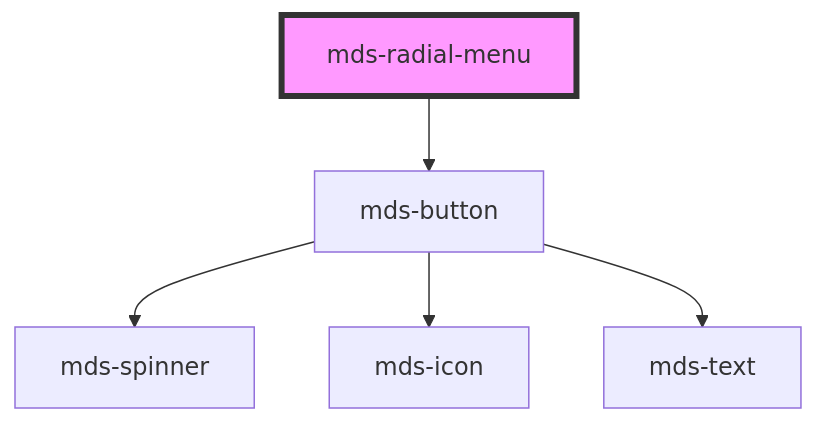
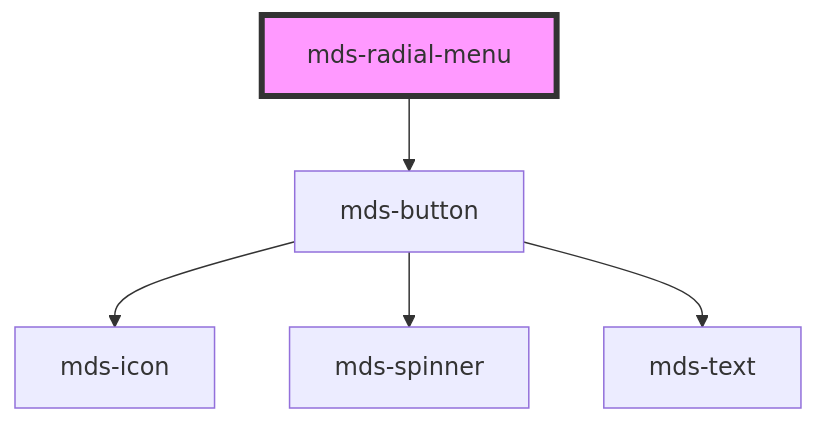
One commit to magma-design-system/magma changed the diagram in projects/stencil/src/components/mds-radial-menu/readme.md. Above: the diagram before and after it, drawn with Mermaid. The commit also changed other lines of this file and 61 other files, not shown here.

First line of the commit message:
feat(mds-button,mds-button-dropdown): an icon for the current button and one under the pointer

````diff
--- a/projects/stencil/src/components/mds-radial-menu/readme.md
+++ b/projects/stencil/src/components/mds-radial-menu/readme.md
@@ -347,8 +347,8 @@
 ```mermaid
 graph TD;
   mds-radial-menu --> mds-button
+  mds-button --> mds-icon
   mds-button --> mds-spinner
-  mds-button --> mds-icon
   mds-button --> mds-text
   style mds-radial-menu fill:#f9f,stroke:#333,stroke-width:4px
 ```
````
